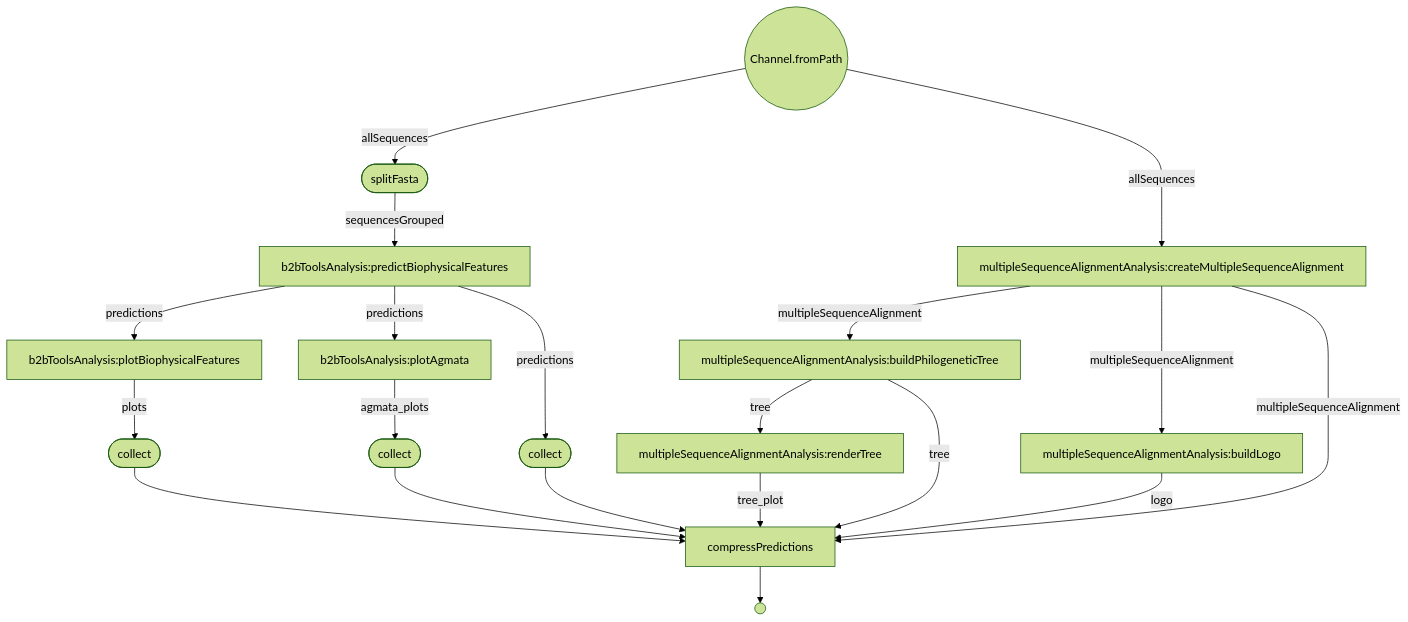
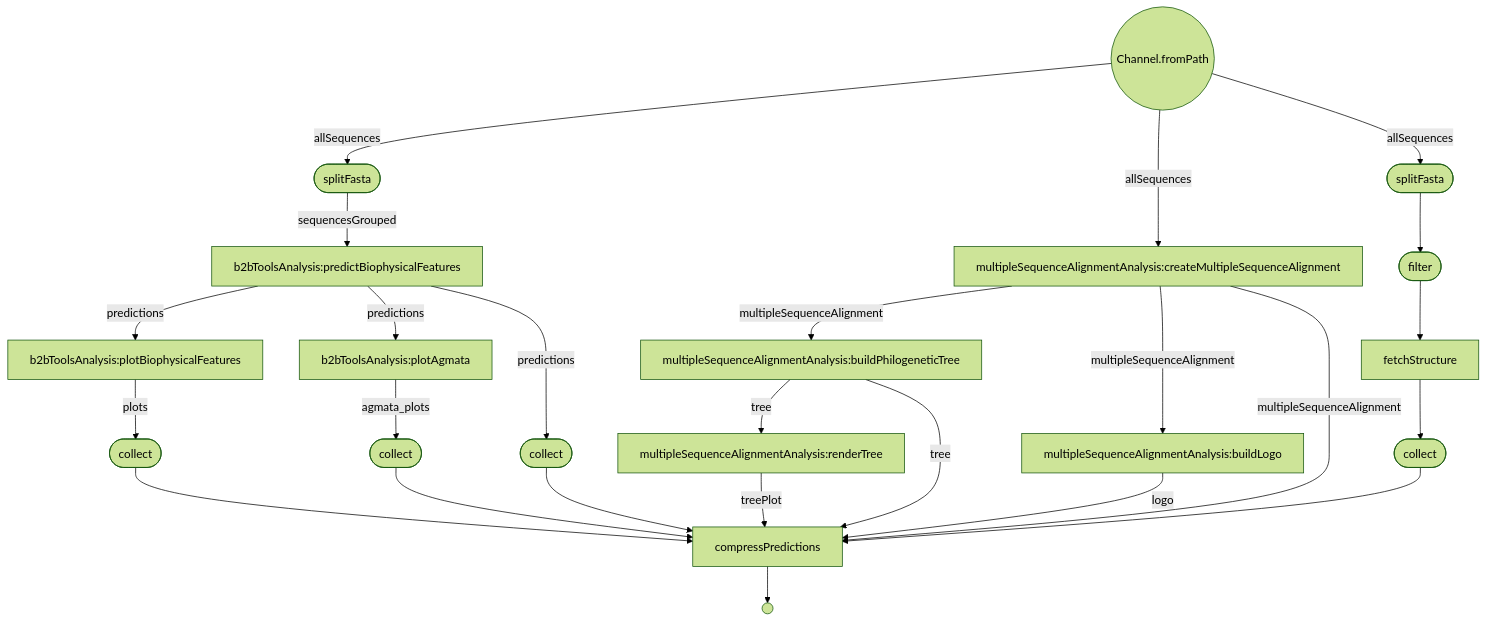
One commit to agdiaz/sequencesAnalysis changed the diagram in pipeline.mmd. Above: the diagram before and after it, drawn with Mermaid (forest theme). The commit also changed 2 other files, not shown here.

```diff
--- a/pipeline.mmd
+++ b/pipeline.mmd
@@ -1,34 +1,43 @@
 flowchart TD
     p0((Channel.fromPath))
     p1([splitFasta])
     p2[multipleSequenceAlignmentAnalysis:createMultipleSequenceAlignment]
     p3[multipleSequenceAlignmentAnalysis:buildPhilogeneticTree]
     p4[multipleSequenceAlignmentAnalysis:renderTree]
     p5[multipleSequenceAlignmentAnalysis:buildLogo]
     p6[b2bToolsAnalysis:predictBiophysicalFeatures]
     p7[b2bToolsAnalysis:plotBiophysicalFeatures]
     p8[b2bToolsAnalysis:plotAgmata]
-    p9([collect])
-    p10([collect])
-    p11([collect])
-    p12[compressPredictions]
-    p13(( ))
+    p9([splitFasta])
+    p10([filter])
+    p11[fetchStructure]
+    p12([collect])
+    p13([collect])
+    p14([collect])
+    p15([collect])
+    p16[compressPredictions]
+    p17(( ))
     p0 -->|allSequences| p1
     p1 -->|sequencesGrouped| p6
     p0 -->|allSequences| p2
     p2 -->|multipleSequenceAlignment| p3
     p3 -->|tree| p4
-    p4 -->|tree_plot| p12
+    p4 -->|treePlot| p16
     p2 -->|multipleSequenceAlignment| p5
-    p5 -->|logo| p12
+    p5 -->|logo| p16
     p6 -->|predictions| p7
-    p7 -->|plots| p10
+    p7 -->|plots| p13
     p6 -->|predictions| p8
-    p8 -->|agmata_plots| p11
-    p6 -->|predictions| p9
-    p9 --> p12
-    p10 --> p12
-    p11 --> p12
-    p2 -->|multipleSequenceAlignment| p12
-    p3 -->|tree| p12
-    p12 --> p13
+    p8 -->|agmata_plots| p14
+    p0 -->|allSequences| p9
+    p9 --> p10
+    p10 --> p11
+    p11 --> p15
+    p6 -->|predictions| p12
+    p12 --> p16
+    p13 --> p16
+    p14 --> p16
+    p15 --> p16
+    p2 -->|multipleSequenceAlignment| p16
+    p3 -->|tree| p16
+    p16 --> p17
```
